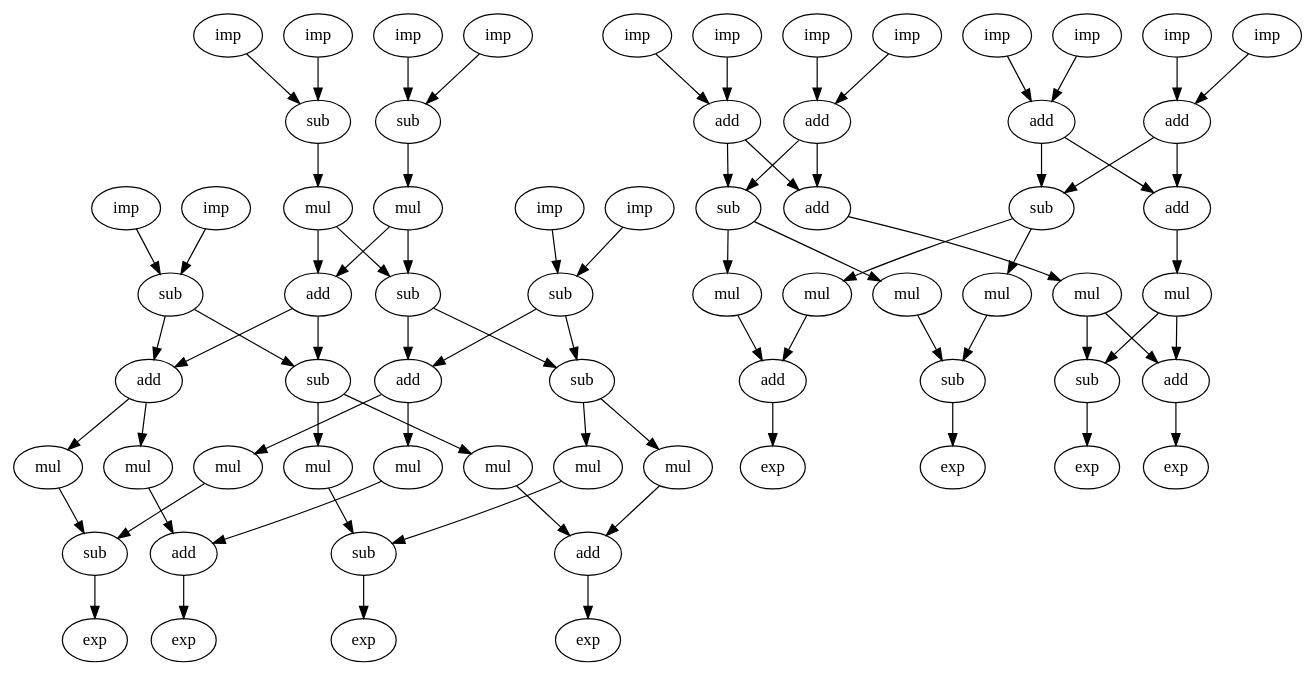
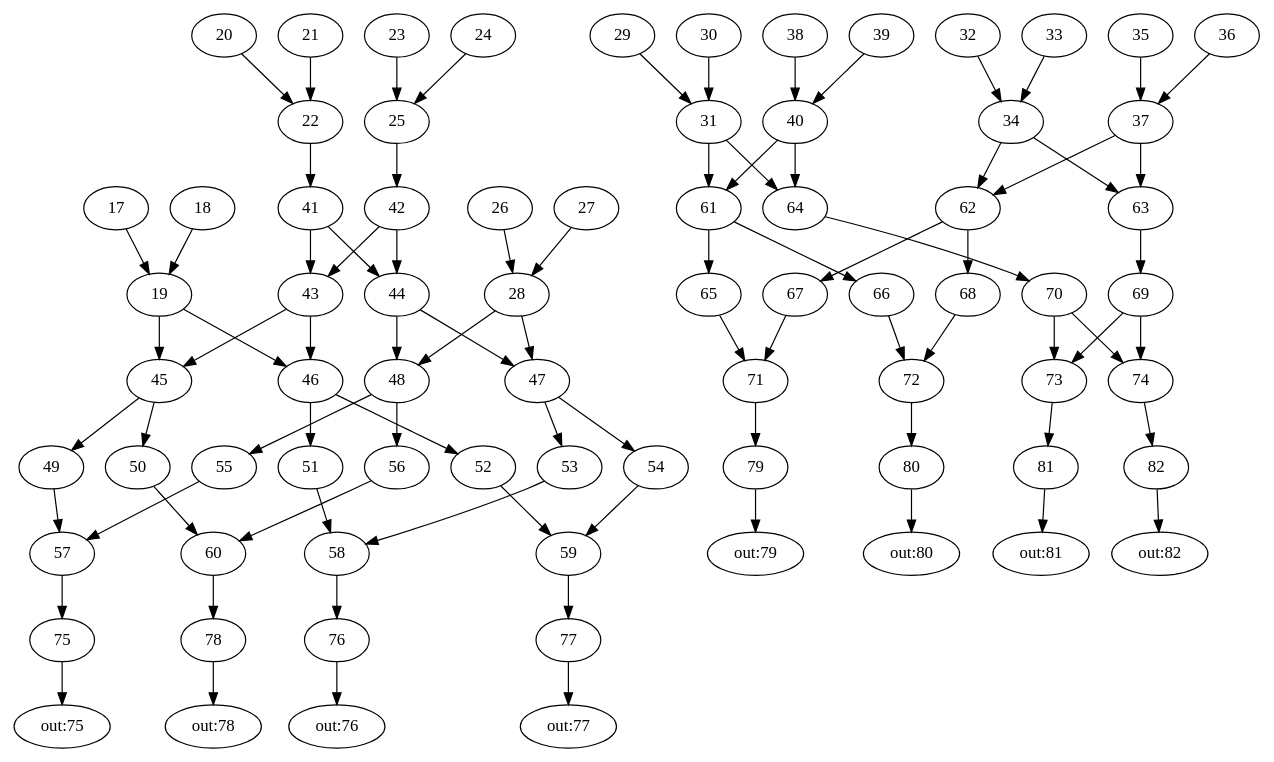
The diagram in dot_dac/cgra/cosine1.dot (canesche/nvcc_colab_icpp2020), drawn with Graphviz before and after one commit. The commit also changed 106 other files, not shown here.

```diff
--- a/dot_dac/cgra/cosine1.dot
+++ b/dot_dac/cgra/cosine1.dot
@@ -1,144 +1,94 @@
-digraph cosine1 {
-    17 [label = imp];
-    18 [label = imp];
-    19 [label = sub];
-    20 [label = imp];
-    21 [label = imp];
-    22 [label = sub];
-    23 [label = imp];
-    24 [label = imp];
-    25 [label = sub];
-    26 [label = imp];
-    27 [label = imp];
-    28 [label = sub];
-    29 [label = imp];
-    30 [label = imp];
-    31 [label = add];
-    32 [label = imp];
-    33 [label = imp];
-    34 [label = add];
-    35 [label = imp];
-    36 [label = imp];
-    37 [label = add];
-    38 [label = imp];
-    39 [label = imp];
-    40 [label = add];
-    41 [label = mul];
-    42 [label = mul];
-    43 [label = add];
-    44 [label = sub];
-    45 [label = add];
-    46 [label = sub];
-    47 [label = sub];
-    48 [label = add];
-    49 [label = mul];
-    50 [label = mul];
-    51 [label = mul];
-    52 [label = mul];
-    53 [label = mul];
-    54 [label = mul];
-    55 [label = mul];
-    56 [label = mul];
-    57 [label = sub];
-    58 [label = sub];
-    59 [label = add];
-    60 [label = add];
-    61 [label = sub];
-    62 [label = sub];
-    63 [label = add];
-    64 [label = add];
-    65 [label = mul];
-    66 [label = mul];
-    67 [label = mul];
-    68 [label = mul];
-    69 [label = mul];
-    70 [label = mul];
-    71 [label = add];
-    72 [label = sub];
-    73 [label = sub];
-    74 [label = add];
-    75 [label = exp];
-    76 [label = exp];
-    77 [label = exp];
-    78 [label = exp];
-    79 [label = exp];
-    80 [label = exp];
-    81 [label = exp];
-    82 [label = exp];
-    17 -> 19 [name=1 ];
-    18 -> 19 [name=2 ];
-    19 -> 46 [name=3 ];
-    19 -> 45 [name=4 ];
-    20 -> 22 [name=5 ];
-    21 -> 22 [name=6 ];
-    22 -> 41 [name=7 ];
-    23 -> 25 [name=8 ];
-    24 -> 25 [name=9 ];
-    25 -> 42 [name=10];
-    26 -> 28 [name=11];
-    27 -> 28 [name=12];
-    28 -> 47 [name=13];
-    28 -> 48 [name=14];
-    29 -> 31 [name=15];
-    30 -> 31 [name=16];
-    31 -> 61 [name=17];
-    31 -> 64 [name=18];
-    32 -> 34 [name=19];
-    33 -> 34 [name=20];
-    34 -> 63 [name=21];
-    34 -> 62 [name=22];
-    35 -> 37 [name=23];
-    36 -> 37 [name=24];
-    37 -> 63 [name=25];
-    37 -> 62 [name=26];
-    38 -> 40 [name=27];
-    39 -> 40 [name=28];
-    40 -> 61 [name=29];
-    40 -> 64 [name=30];
-    41 -> 44 [name=31];
-    41 -> 43 [name=32];
-    42 -> 44 [name=33];
-    42 -> 43 [name=34];
-    43 -> 46 [name=35];
-    43 -> 45 [name=36];
-    44 -> 47 [name=37];
-    44 -> 48 [name=38];
-    45 -> 50 [name=39];
-    45 -> 49 [name=40];
-    46 -> 52 [name=41];
-    46 -> 51 [name=42];
-    47 -> 53 [name=43];
-    47 -> 54 [name=44];
-    48 -> 56 [name=45];
-    48 -> 55 [name=46];
-    49 -> 57 [name=47];
-    50 -> 60 [name=48];
-    51 -> 58 [name=49];
-    52 -> 59 [name=50];
-    53 -> 58 [name=51];
-    54 -> 59 [name=52];
-    55 -> 57 [name=53];
-    56 -> 60 [name=54];
-    57 -> 75 [name=55];
-    58 -> 76 [name=56];
-    59 -> 77 [name=57];
-    60 -> 78 [name=58];
-    61 -> 65 [name=59];
-    61 -> 66 [name=60];
-    62 -> 67 [name=61];
-    62 -> 68 [name=62];
-    63 -> 69 [name=63];
-    64 -> 70 [name=64];
-    65 -> 71 [name=65];
-    66 -> 72 [name=66];
-    67 -> 71 [name=67];
-    68 -> 72 [name=68];
-    69 -> 73 [name=69];
-    69 -> 74 [name=70];
-    70 -> 73 [name=71];
-    70 -> 74 [name=72];
-    71 -> 79 [name=73];
-    72 -> 80 [name=74];
-    73 -> 81 [name=75];
-    74 -> 82 [name=76];
+strict digraph "cosine1" {
+"out:75";
+"out:76";
+"out:77";
+"out:78";
+"out:79";
+"out:80";
+"out:81";
+"out:82";
+17 -> 19  [name=1];
+18 -> 19  [name=2];
+19 -> 46  [name=3];
+19 -> 45  [name=4];
+20 -> 22  [name=5];
+21 -> 22  [name=6];
+22 -> 41  [name=7];
+23 -> 25  [name=8];
+24 -> 25  [name=9];
+25 -> 42  [name=10];
+26 -> 28  [name=11];
+27 -> 28  [name=12];
+28 -> 47  [name=13];
+28 -> 48  [name=14];
+29 -> 31  [name=15];
+30 -> 31  [name=16];
+31 -> 61  [name=17];
+31 -> 64  [name=18];
+32 -> 34  [name=19];
+33 -> 34  [name=20];
+34 -> 63  [name=21];
+34 -> 62  [name=22];
+35 -> 37  [name=23];
+36 -> 37  [name=24];
+37 -> 63  [name=25];
+37 -> 62  [name=26];
+38 -> 40  [name=27];
+39 -> 40  [name=28];
+40 -> 61  [name=29];
+40 -> 64  [name=30];
+41 -> 44  [name=31];
+41 -> 43  [name=32];
+42 -> 44  [name=33];
+42 -> 43  [name=34];
+43 -> 46  [name=35];
+43 -> 45  [name=36];
+44 -> 47  [name=37];
+44 -> 48  [name=38];
+45 -> 50  [name=39];
+45 -> 49  [name=40];
+46 -> 52  [name=41];
+46 -> 51  [name=42];
+47 -> 53  [name=43];
+47 -> 54  [name=44];
+48 -> 56  [name=45];
+48 -> 55  [name=46];
+49 -> 57  [name=47];
+50 -> 60  [name=48];
+51 -> 58  [name=49];
+52 -> 59  [name=50];
+53 -> 58  [name=51];
+54 -> 59  [name=52];
+55 -> 57  [name=53];
+56 -> 60  [name=54];
+57 -> 75  [name=55];
+58 -> 76  [name=56];
+59 -> 77  [name=57];
+60 -> 78  [name=58];
+61 -> 65  [name=59];
+61 -> 66  [name=60];
+62 -> 67  [name=61];
+62 -> 68  [name=62];
+63 -> 69  [name=63];
+64 -> 70  [name=64];
+65 -> 71  [name=65];
+66 -> 72  [name=66];
+67 -> 71  [name=67];
+68 -> 72  [name=68];
+69 -> 73  [name=69];
+69 -> 74  [name=70];
+70 -> 73  [name=71];
+70 -> 74  [name=72];
+71 -> 79  [name=73];
+72 -> 80  [name=74];
+73 -> 81  [name=75];
+74 -> 82  [name=76];
+75 -> "out:75";
+76 -> "out:76";
+77 -> "out:77";
+78 -> "out:78";
+79 -> "out:79";
+80 -> "out:80";
+81 -> "out:81";
+82 -> "out:82";
 }
```
